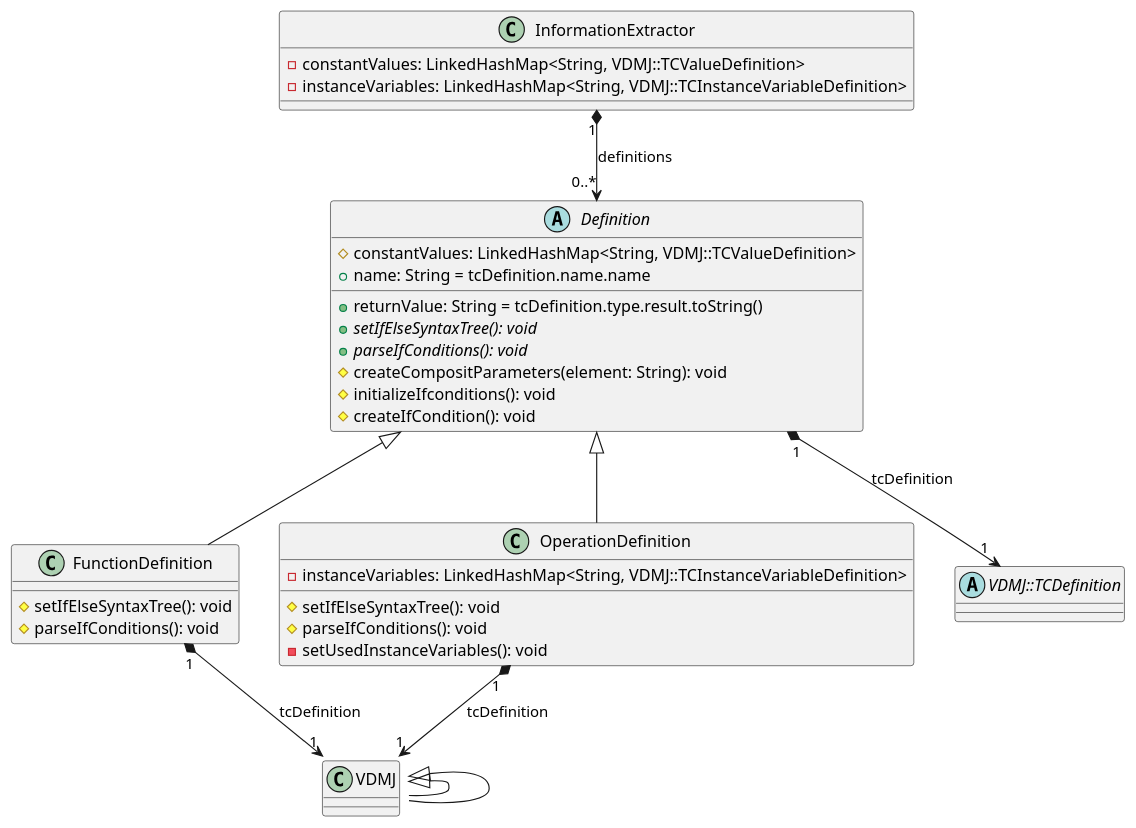
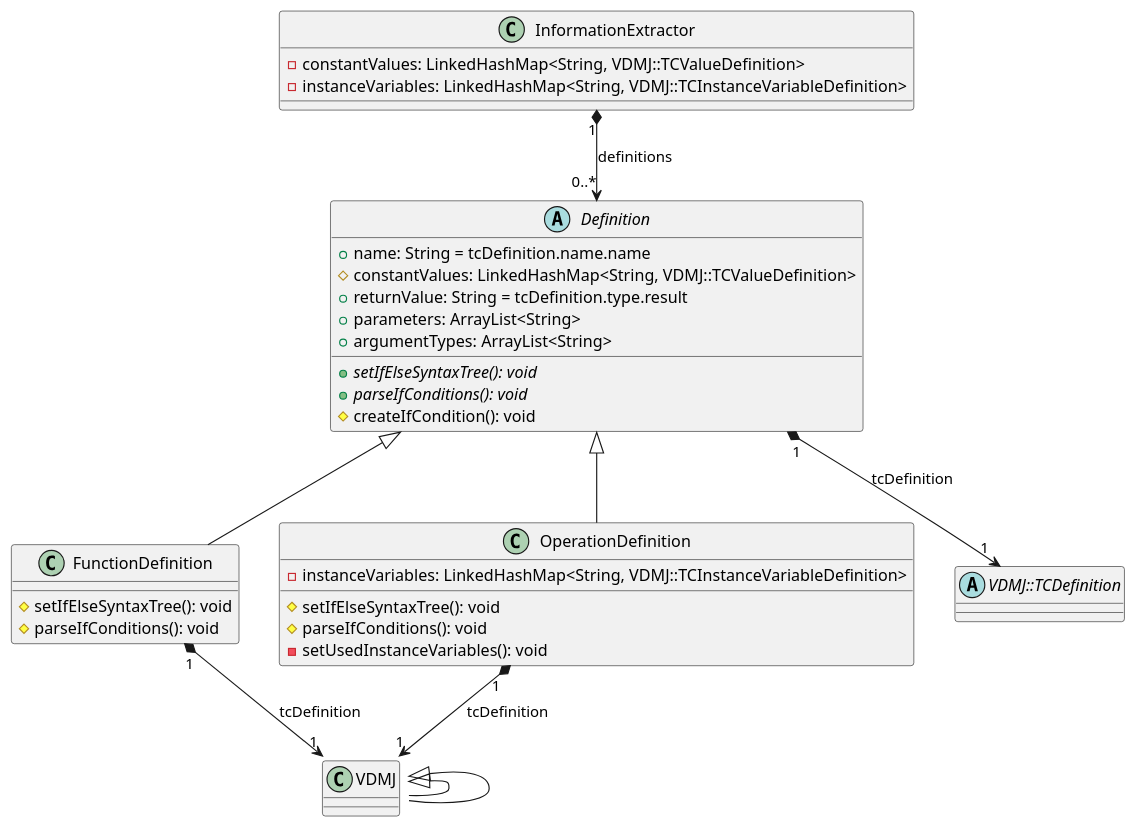
The diagram in figs/Definition.wsd (korosuke613/master-thesis), drawn with PlantUML before and after one commit. The commit also changed 1 other file, not shown here.

Commit message:
クラス図の更新

```diff
--- a/figs/Definition.wsd
+++ b/figs/Definition.wsd
@@ -1,48 +1,48 @@
 @startuml Definition
 
 class InformationExtractor{
      - constantValues: LinkedHashMap<String, VDMJ::TCValueDefinition>
      - instanceVariables: LinkedHashMap<String, VDMJ::TCInstanceVariableDefinition>
 
 }
 
 abstract class Definition{
+     + name: String = tcDefinition.name.name
      # constantValues: LinkedHashMap<String, VDMJ::TCValueDefinition>
-     + returnValue: String = tcDefinition.type.result.toString()
-     + name: String = tcDefinition.name.name
+     + returnValue: String = tcDefinition.type.result
+     + parameters: ArrayList<String>
+     + argumentTypes: ArrayList<String>
      + {abstract} setIfElseSyntaxTree(): void
      + {abstract} parseIfConditions(): void
-     # createCompositParameters(element: String): void
-     # initializeIfconditions(): void
      # createIfCondition(): void
 }
 
 class FunctionDefinition{
      # setIfElseSyntaxTree(): void
      # parseIfConditions(): void
 }
 
 class OperationDefinition{
      - instanceVariables: LinkedHashMap<String, VDMJ::TCInstanceVariableDefinition>
      # setIfElseSyntaxTree(): void
      # parseIfConditions(): void
      - setUsedInstanceVariables(): void
 }
 'note left: tcDefinition->oclIsTypeOf(TCExplicitOperationDefinition)
 
 ' left to right direction
 VDMJ::TCDefinition <|-- VDMJ::TCExplicitFunctionDefinition
 VDMJ::TCDefinition <|-- VDMJ::TCExplicitOperationDefinition
 
 abstract class VDMJ::TCDefinition
 
 Definition "1" *--> "1" VDMJ::TCDefinition: tcDefinition
 Definition <|-- FunctionDefinition
 Definition <|-- OperationDefinition
 
 FunctionDefinition "1" *--> "1" VDMJ::TCExplicitFunctionDefinition: tcDefinition
 OperationDefinition "1" *--> "1" VDMJ::TCExplicitOperationDefinition: tcDefinition
 
 InformationExtractor "1" *--> "0..*" Definition: definitions
 
 @enduml
```
